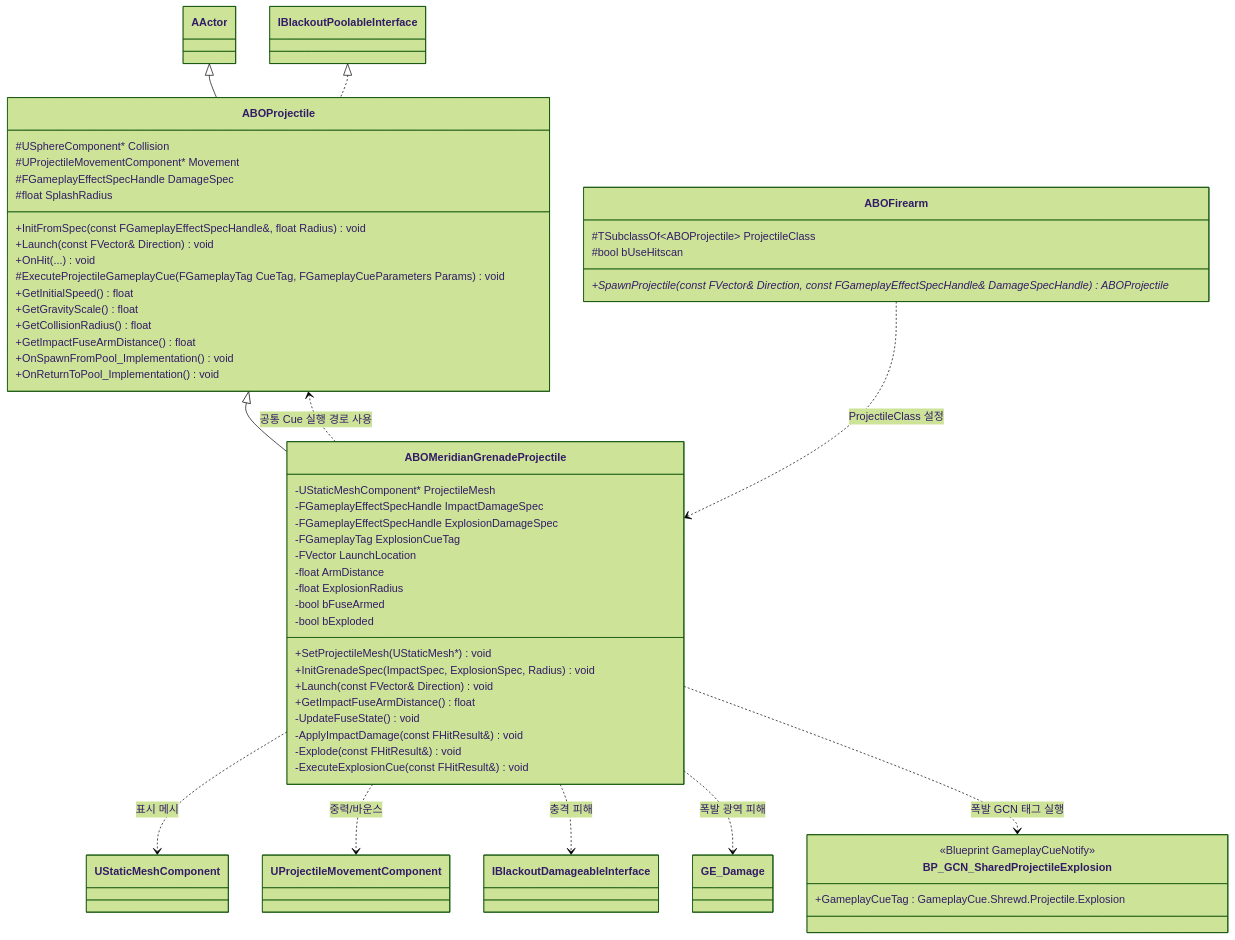
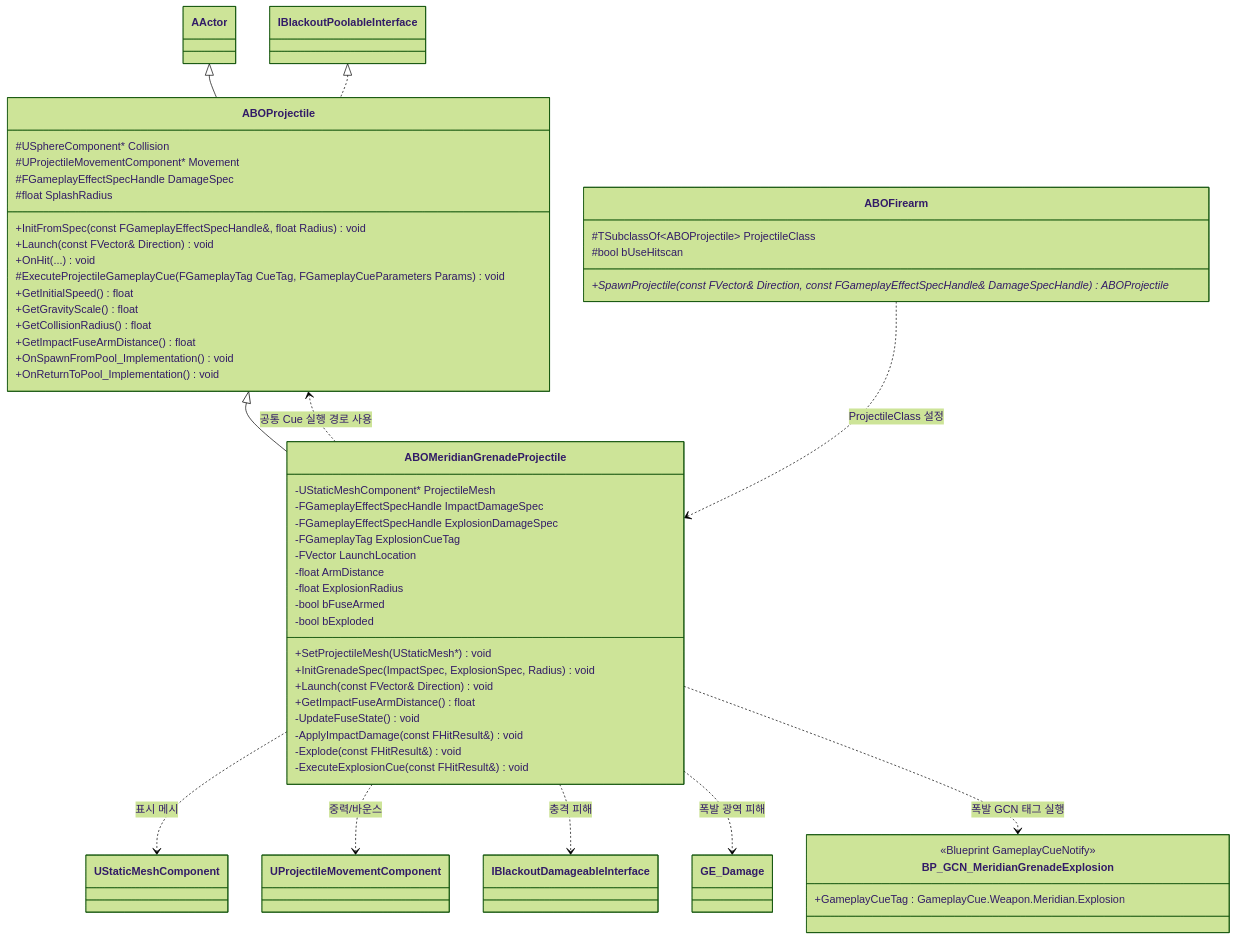
One commit to seongwon1579/ProjectBlackout changed the diagram in Docs/Combat/08_Meridian_Grenade_Projectile.md. Above: the diagram before and after it, drawn with Mermaid (forest theme). The commit also changed other lines of this file and 1 other file, not shown here.

Commit message:
Fix: 메리디안 폭발 Cue 태그 복구
- BOMeridianGrenadeProjectile.cpp : 기본 폭발 Cue 태그를 Meridian 전용 태그로 복구

- Docs/Combat/08_Meridian_Grenade_Projectile.md : 메리디안 폭발 GCN 문서 태그 설명 복구

````diff
--- a/Docs/Combat/08_Meridian_Grenade_Projectile.md
+++ b/Docs/Combat/08_Meridian_Grenade_Projectile.md
@@ -5,65 +5,65 @@
 ```mermaid
 classDiagram
     direction TB
 
     AActor <|-- ABOProjectile
     ABOProjectile <|-- ABOMeridianGrenadeProjectile
 
     IBlackoutPoolableInterface <|.. ABOProjectile
 
     class ABOFirearm {
         #TSubclassOf~ABOProjectile~ ProjectileClass
         #bool bUseHitscan
         +SpawnProjectile(const FVector& Direction, const FGameplayEffectSpecHandle& DamageSpecHandle) ABOProjectile*
     }
 
     class ABOProjectile {
         #USphereComponent* Collision
         #UProjectileMovementComponent* Movement
         #FGameplayEffectSpecHandle DamageSpec
         #float SplashRadius
         +InitFromSpec(const FGameplayEffectSpecHandle&, float Radius) void
         +Launch(const FVector& Direction) void
         +OnHit(...) void
         #ExecuteProjectileGameplayCue(FGameplayTag CueTag, FGameplayCueParameters Params) void
         +GetInitialSpeed() float
         +GetGravityScale() float
         +GetCollisionRadius() float
         +GetImpactFuseArmDistance() float
         +OnSpawnFromPool_Implementation() void
         +OnReturnToPool_Implementation() void
     }
 
     class ABOMeridianGrenadeProjectile {
         -UStaticMeshComponent* ProjectileMesh
         -FGameplayEffectSpecHandle ImpactDamageSpec
         -FGameplayEffectSpecHandle ExplosionDamageSpec
         -FGameplayTag ExplosionCueTag
         -FVector LaunchLocation
         -float ArmDistance
         -float ExplosionRadius
         -bool bFuseArmed
         -bool bExploded
         +SetProjectileMesh(UStaticMesh*) void
         +InitGrenadeSpec(ImpactSpec, ExplosionSpec, Radius) void
         +Launch(const FVector& Direction) void
         +GetImpactFuseArmDistance() float
         -UpdateFuseState() void
         -ApplyImpactDamage(const FHitResult&) void
         -Explode(const FHitResult&) void
         -ExecuteExplosionCue(const FHitResult&) void
     }
 
-    class BP_GCN_SharedProjectileExplosion {
+    class BP_GCN_MeridianGrenadeExplosion {
         <<Blueprint GameplayCueNotify>>
-        +GameplayCueTag : GameplayCue.Shrewd.Projectile.Explosion
+        +GameplayCueTag : GameplayCue.Weapon.Meridian.Explosion
     }
 
     ABOFirearm ..> ABOMeridianGrenadeProjectile : ProjectileClass 설정
     ABOMeridianGrenadeProjectile ..> UStaticMeshComponent : 표시 메시
     ABOMeridianGrenadeProjectile ..> UProjectileMovementComponent : 중력/바운스
     ABOMeridianGrenadeProjectile ..> IBlackoutDamageableInterface : 충격 피해
     ABOMeridianGrenadeProjectile ..> GE_Damage : 폭발 광역 피해
     ABOMeridianGrenadeProjectile ..> ABOProjectile : 공통 Cue 실행 경로 사용
-    ABOMeridianGrenadeProjectile ..> BP_GCN_SharedProjectileExplosion : 폭발 GCN 태그 실행
+    ABOMeridianGrenadeProjectile ..> BP_GCN_MeridianGrenadeExplosion : 폭발 GCN 태그 실행
 ```
````
